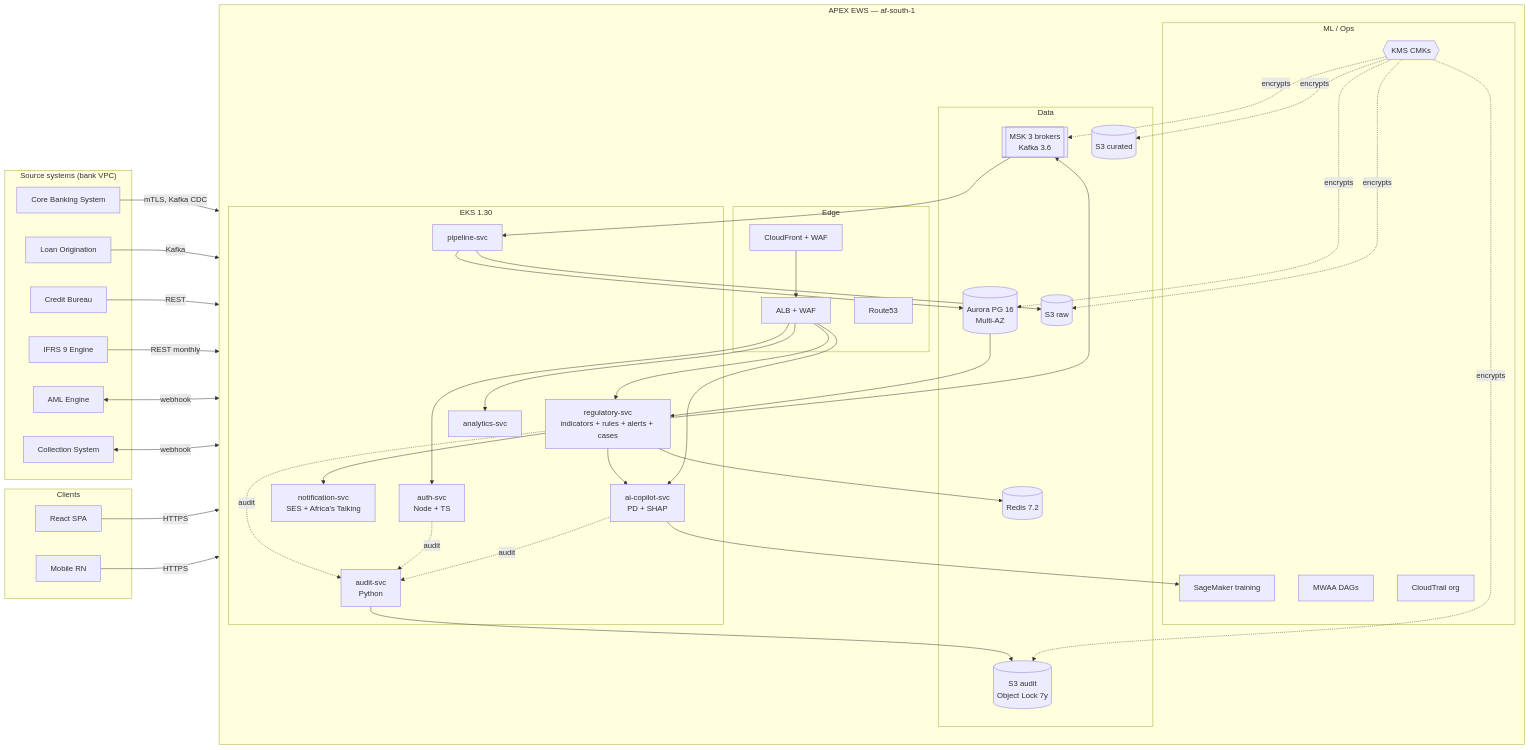
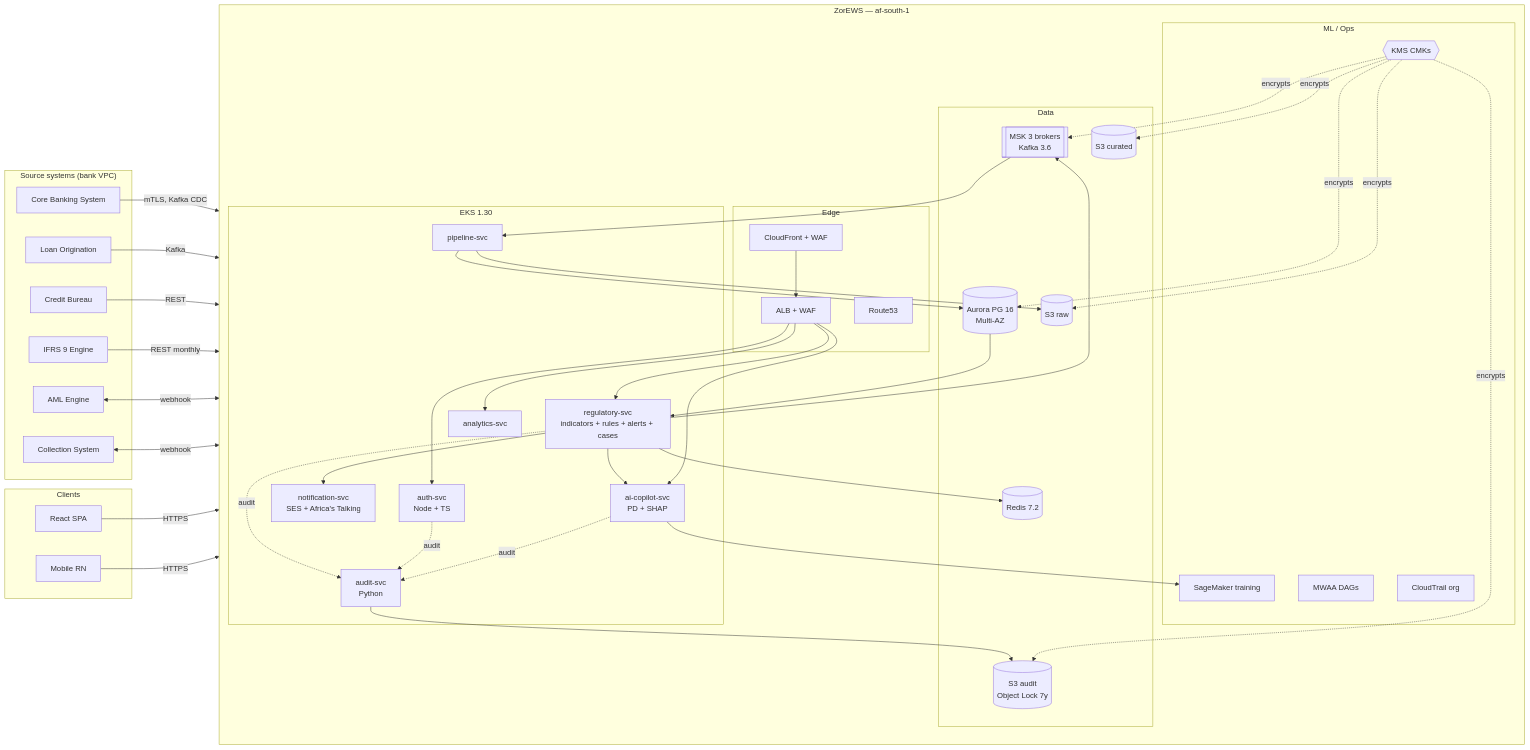
One commit to tc-Team-1997/ZorEWS changed the diagram in docs/architecture.md. Above: the diagram before and after it, drawn with Mermaid. The commit also changed other lines of this file and 31 other files, not shown here.

First line of the commit message:
docs: rebrand APEX EWS → ZorEWS across all 31 markdown files

```diff
--- a/docs/architecture.md
+++ b/docs/architecture.md
@@ -15,7 +15,7 @@
     IFRS[IFRS 9 Engine]
   end
 
-  subgraph "APEX EWS — af-south-1"
+  subgraph "ZorEWS — af-south-1"
     direction TB
     subgraph "Edge"
       CF[CloudFront + WAF]
```
